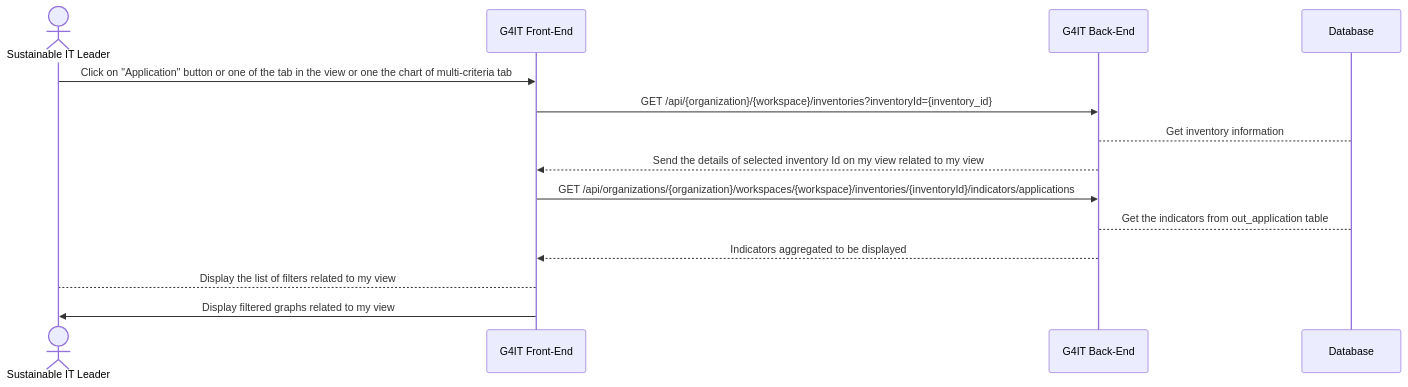
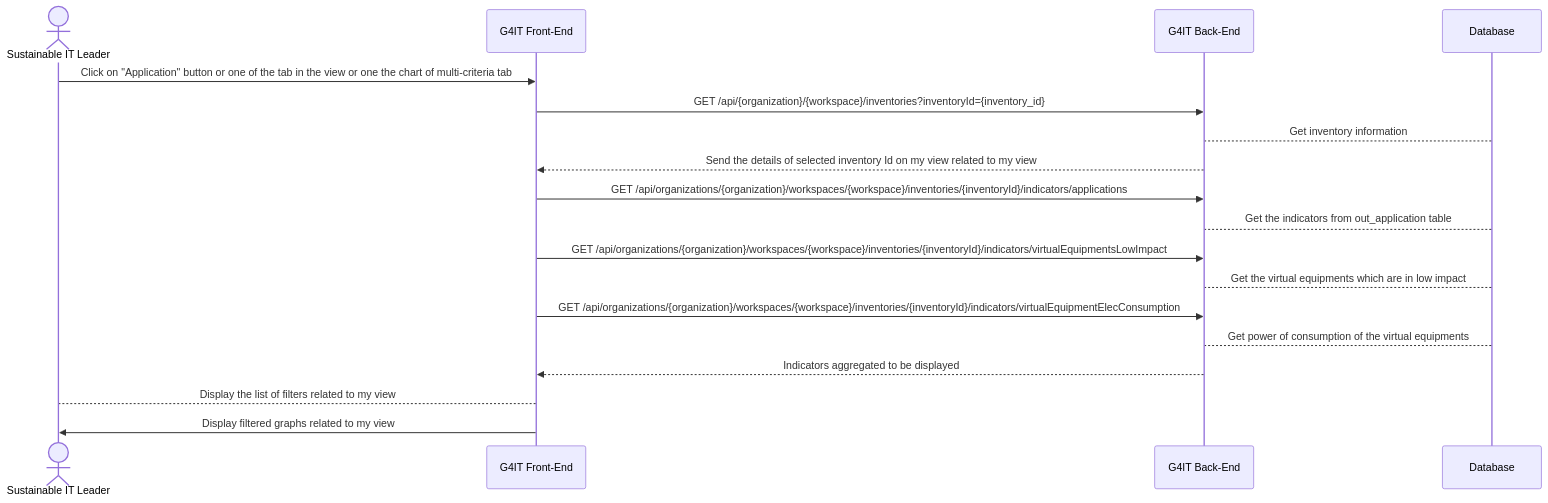
One commit to teamg4it/g4it changed the second of 2 diagrams in services/documentation/content/2-functional-documentation/use_cases/uc_inventory/uc6_visualize_application_footprint.md. Above: the diagram before and after it, drawn with Mermaid. The commit also changed other lines of this file and 3 other files, not shown here.

```diff
--- a/services/documentation/content/2-functional-documentation/use_cases/uc_inventory/uc6_visualize_application_footprint.md
+++ b/services/documentation/content/2-functional-documentation/use_cases/uc_inventory/uc6_visualize_application_footprint.md
@@ -201,17 +217,21 @@
 {{< mermaid >}}
 sequenceDiagram
 actor RND as Sustainable IT Leader
 participant front as G4IT Front-End
 participant back as G4IT Back-End
 participant Database
 RND ->> front: Click on "Application" button or one of the tab in the view or one the chart of multi-criteria tab
 front ->> back: GET /api/{organization}/{workspace}/inventories?inventoryId={inventory_id}
 Database--> back: Get inventory information
 back -->> front: Send the details of selected inventory Id on my view related to my view
 front ->> back: GET /api/organizations/{organization}/workspaces/{workspace}/inventories/{inventoryId}/indicators/applications
 Database--> back: Get the indicators from out_application table
+front ->> back: GET /api/organizations/{organization}/workspaces/{workspace}/inventories/{inventoryId}/indicators/virtualEquipmentsLowImpact
+Database--> back: Get the virtual equipments which are in low impact
+front ->> back: GET /api/organizations/{organization}/workspaces/{workspace}/inventories/{inventoryId}/indicators/virtualEquipmentElecConsumption
+Database--> back: Get power of consumption of the virtual equipments
 back -->> front: Indicators aggregated to be displayed
 front --> RND: Display the list of filters related to my view
 front ->> RND: Display filtered graphs related to my view
 
 {{< /mermaid >}}
```
